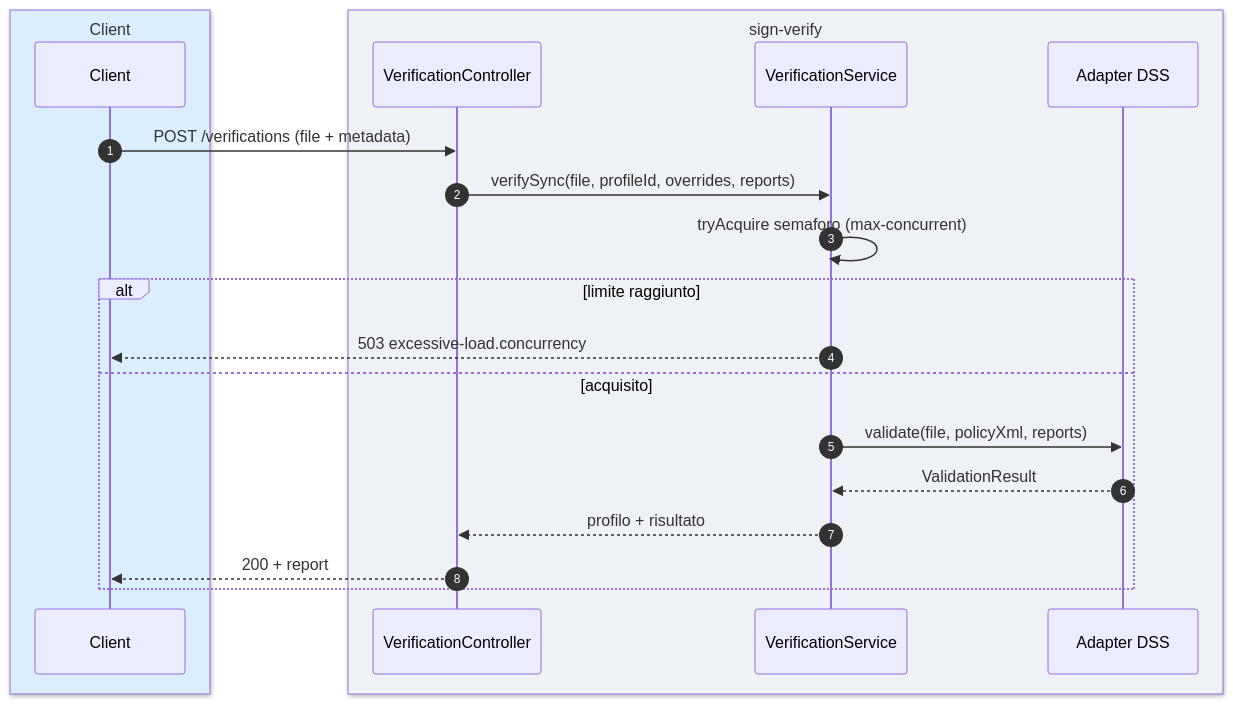
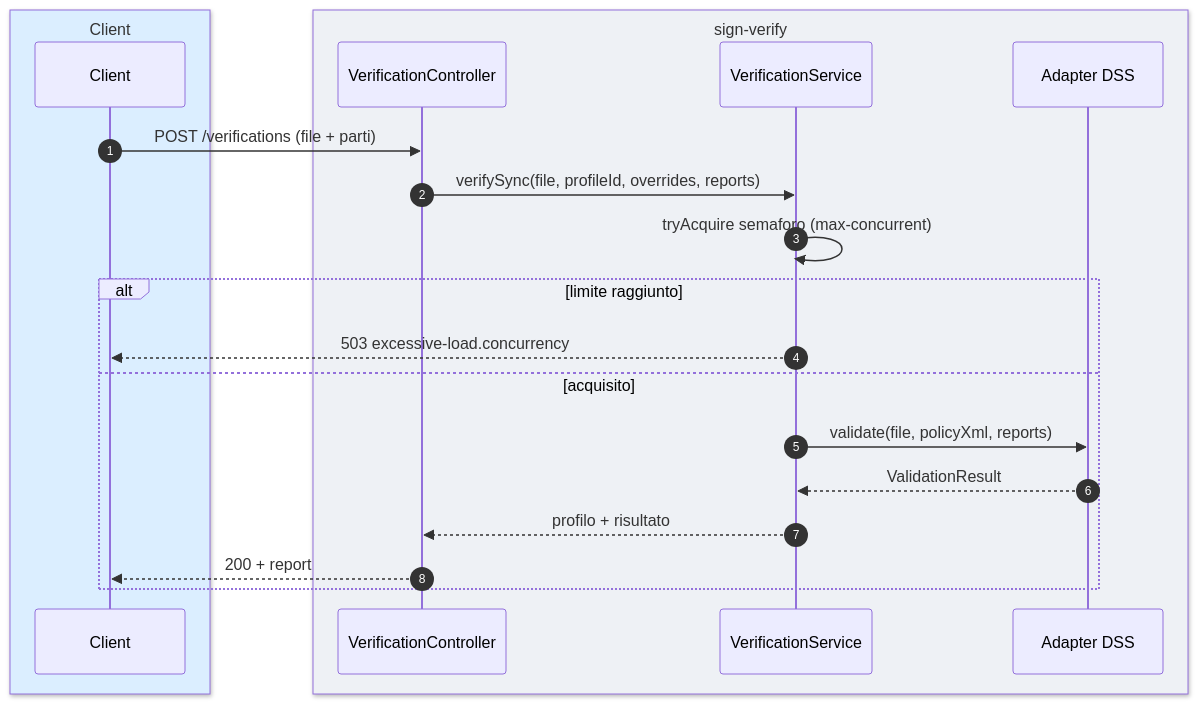
The second of 4 diagrams in docs/it/05-verifica-firme.md (toresoft/sign-verify), drawn with Mermaid before and after one commit. The commit also changed other lines of this file and 5 other files, not shown here.

````diff
--- a/docs/it/05-verifica-firme.md
+++ b/docs/it/05-verifica-firme.md
@@ -437,23 +449,23 @@
 ```mermaid
 sequenceDiagram
     autonumber
     box rgb(219,238,255) Client
     participant C as Client
     end
     box rgb(238,241,245) sign-verify
     participant V as VerificationController
     participant S as VerificationService
     participant D as Adapter DSS
     end
-    C->>V: POST /verifications (file + metadata)
+    C->>V: POST /verifications (file + parti)
     V->>S: verifySync(file, profileId, overrides, reports)
     S->>S: tryAcquire semaforo (max-concurrent)
     alt limite raggiunto
         S-->>C: 503 excessive-load.concurrency
     else acquisito
         S->>D: validate(file, policyXml, reports)
         D-->>S: ValidationResult
         S-->>V: profilo + risultato
         V-->>C: 200 + report
     end
 ```
````
